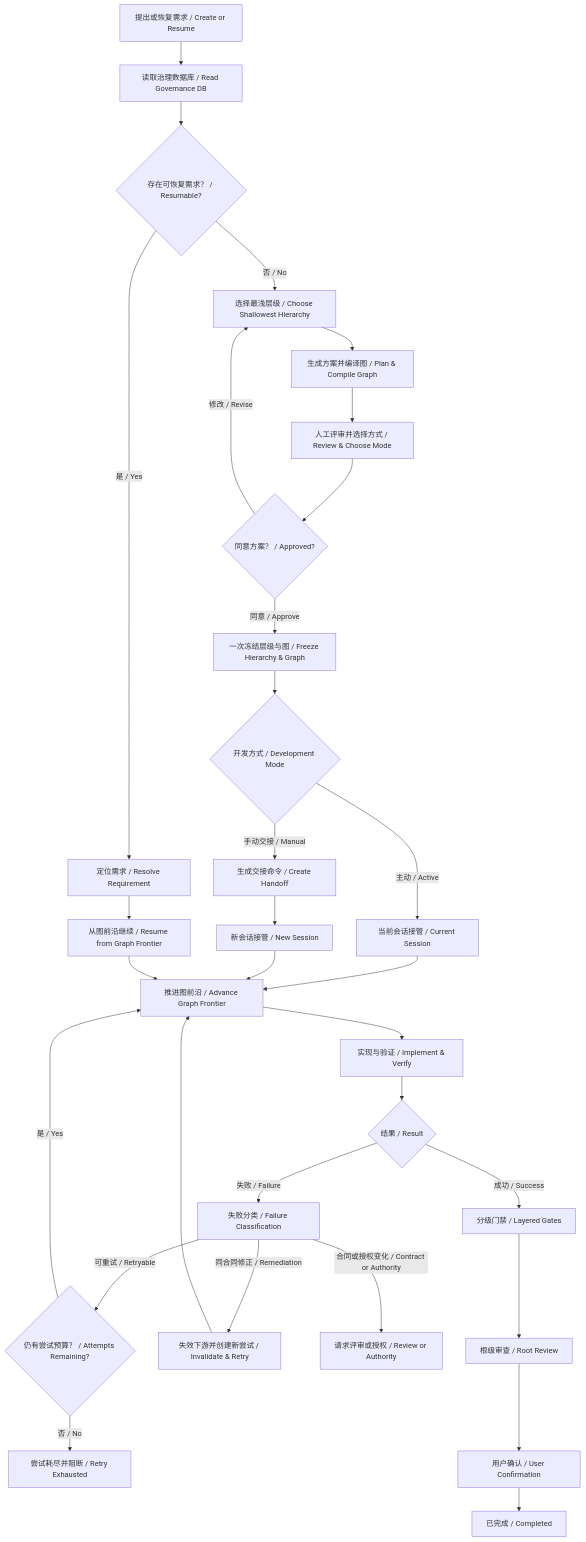
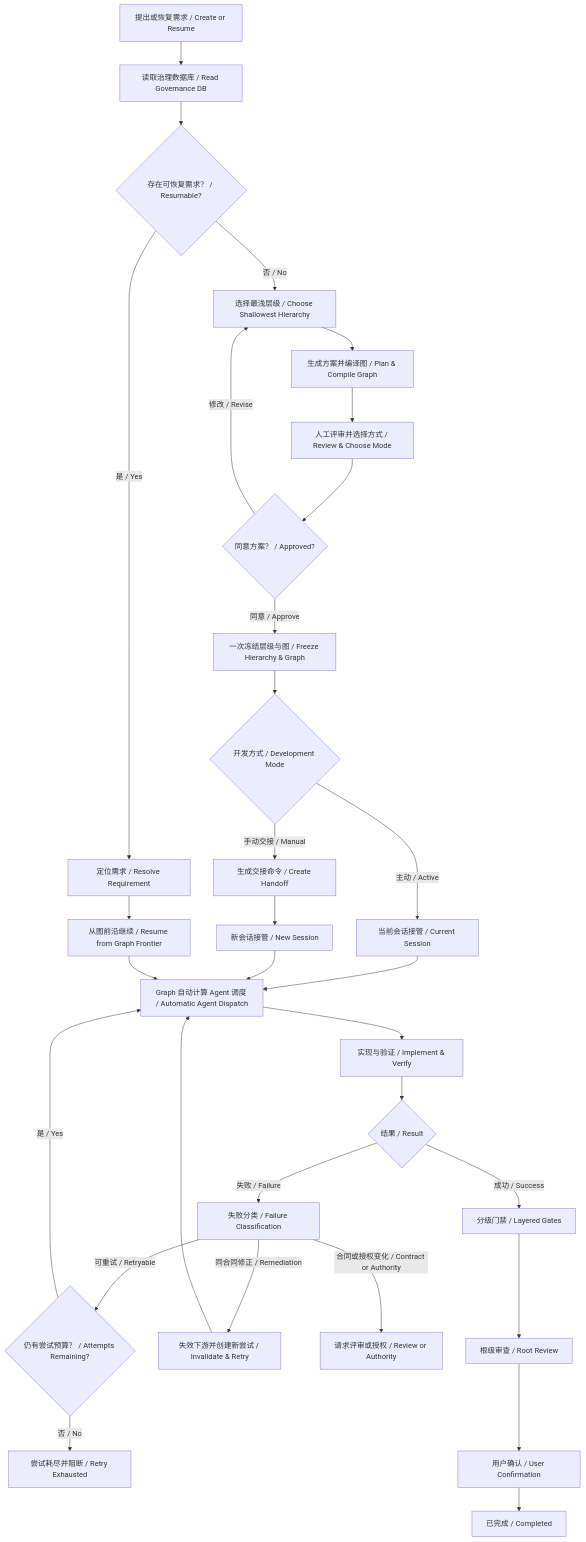
The diagram in README.md (feng123321li/gated-ai-dev-loop), drawn with Mermaid before and after one commit. The commit also changed other lines of this file and 22 other files, not shown here.

Commit message:
Make Graph scheduling controller-owned

````diff
--- a/README.md
+++ b/README.md
@@ -43,33 +43,33 @@
 ```mermaid
 flowchart TD
     A["提出或恢复需求 / Create or Resume"] --> B["读取治理数据库 / Read Governance DB"]
     B --> C{"存在可恢复需求？ / Resumable?"}
     C -->|"是 / Yes"| R["定位需求 / Resolve Requirement"]
     C -->|"否 / No"| D["选择最浅层级 / Choose Shallowest Hierarchy"]
     R --> X["从图前沿继续 / Resume from Graph Frontier"]
     D --> E["生成方案并编译图 / Plan & Compile Graph"]
     E --> F["人工评审并选择方式 / Review & Choose Mode"]
     F --> G{"同意方案？ / Approved?"}
     G -->|"修改 / Revise"| D
     G -->|"同意 / Approve"| H["一次冻结层级与图 / Freeze Hierarchy & Graph"]
     H --> I{"开发方式 / Development Mode"}
     I -->|"主动 / Active"| J["当前会话接管 / Current Session"]
     I -->|"手动交接 / Manual"| K["生成交接命令 / Create Handoff"]
     K --> L["新会话接管 / New Session"]
-    J --> M["推进图前沿 / Advance Graph Frontier"]
+    J --> M["Graph 自动计算 Agent 调度 / Automatic Agent Dispatch"]
     L --> M
     X --> M
     M --> N["实现与验证 / Implement & Verify"]
     N --> O{"结果 / Result"}
     O -->|"成功 / Success"| Q["分级门禁 / Layered Gates"]
     O -->|"失败 / Failure"| FC["失败分类 / Failure Classification"]
     FC -->|"可重试 / Retryable"| RB{"仍有尝试预算？ / Attempts Remaining?"}
     RB -->|"是 / Yes"| M
     RB -->|"否 / No"| BX["尝试耗尽并阻断 / Retry Exhausted"]
     FC -->|"同合同修正 / Remediation"| P["失效下游并创建新尝试 / Invalidate & Retry"]
     FC -->|"合同或授权变化 / Contract or Authority"| HR["请求评审或授权 / Review or Authority"]
     P --> M
     Q --> S["根级审查 / Root Review"]
     S --> T["用户确认 / User Confirmation"]
     T --> U["已完成 / Completed"]
 ```
````
